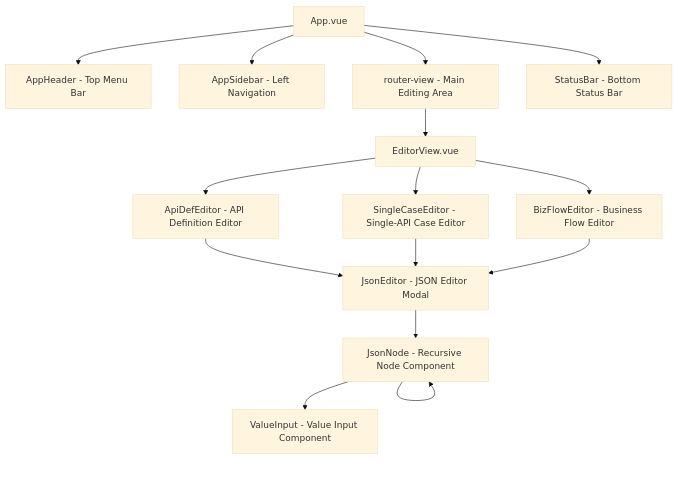
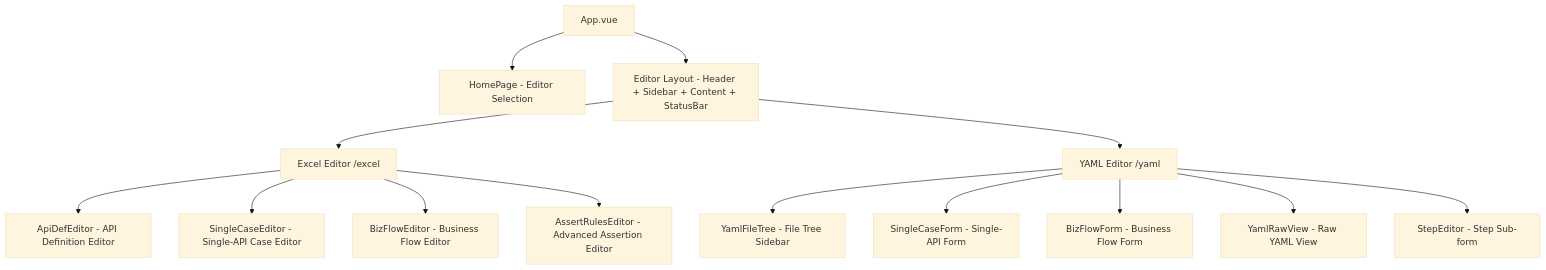
Before and after one commit to Remon-16/flow-forge: the first of 2 diagrams in case-editor/README.en.md, drawn with Mermaid (base theme). The commit also changed other lines of this file and 40 other files, not shown here.

````diff
--- a/case-editor/README.en.md
+++ b/case-editor/README.en.md
@@ -50,20 +75,19 @@
 ```mermaid
 graph TD
-    App[App.vue] --> Header[AppHeader - Top Menu Bar]
-    App --> Sidebar[AppSidebar - Left Navigation]
-    App --> Content[router-view - Main Editing Area]
-    App --> Status[StatusBar - Bottom Status Bar]
+    App[App.vue] --> Home[HomePage - Editor Selection]
+    App --> Layout[Editor Layout - Header + Sidebar + Content + StatusBar]
 
-    Content --> EditorView[EditorView.vue]
-    EditorView --> ApiDefEditor[ApiDefEditor - API Definition Editor]
-    EditorView --> SingleCaseEditor[SingleCaseEditor - Single-API Case Editor]
-    EditorView --> BizFlowEditor[BizFlowEditor - Business Flow Editor]
+    Layout --> Excel[Excel Editor /excel]
+    Layout --> YAML[YAML Editor /yaml]
 
-    ApiDefEditor --> JsonEditor[JsonEditor - JSON Editor Modal]
-    SingleCaseEditor --> JsonEditor
-    BizFlowEditor --> JsonEditor
+    Excel --> ApiDefEditor[ApiDefEditor - API Definition Editor]
+    Excel --> SingleCaseEditor[SingleCaseEditor - Single-API Case Editor]
+    Excel --> BizFlowEditor[BizFlowEditor - Business Flow Editor]
+    Excel --> AssertRulesEditor[AssertRulesEditor - Advanced Assertion Editor]
 
-    JsonEditor --> JsonNode[JsonNode - Recursive Node Component]
-    JsonNode --> ValueInput[ValueInput - Value Input Component]
-    JsonNode --> JsonNode
+    YAML --> FileTree[YamlFileTree - File Tree Sidebar]
+    YAML --> SingleForm[SingleCaseForm - Single-API Form]
+    YAML --> BizForm[BizFlowForm - Business Flow Form]
+    YAML --> RawView[YamlRawView - Raw YAML View]
+    YAML --> StepEditor[StepEditor - Step Sub-form]
 ```
````
